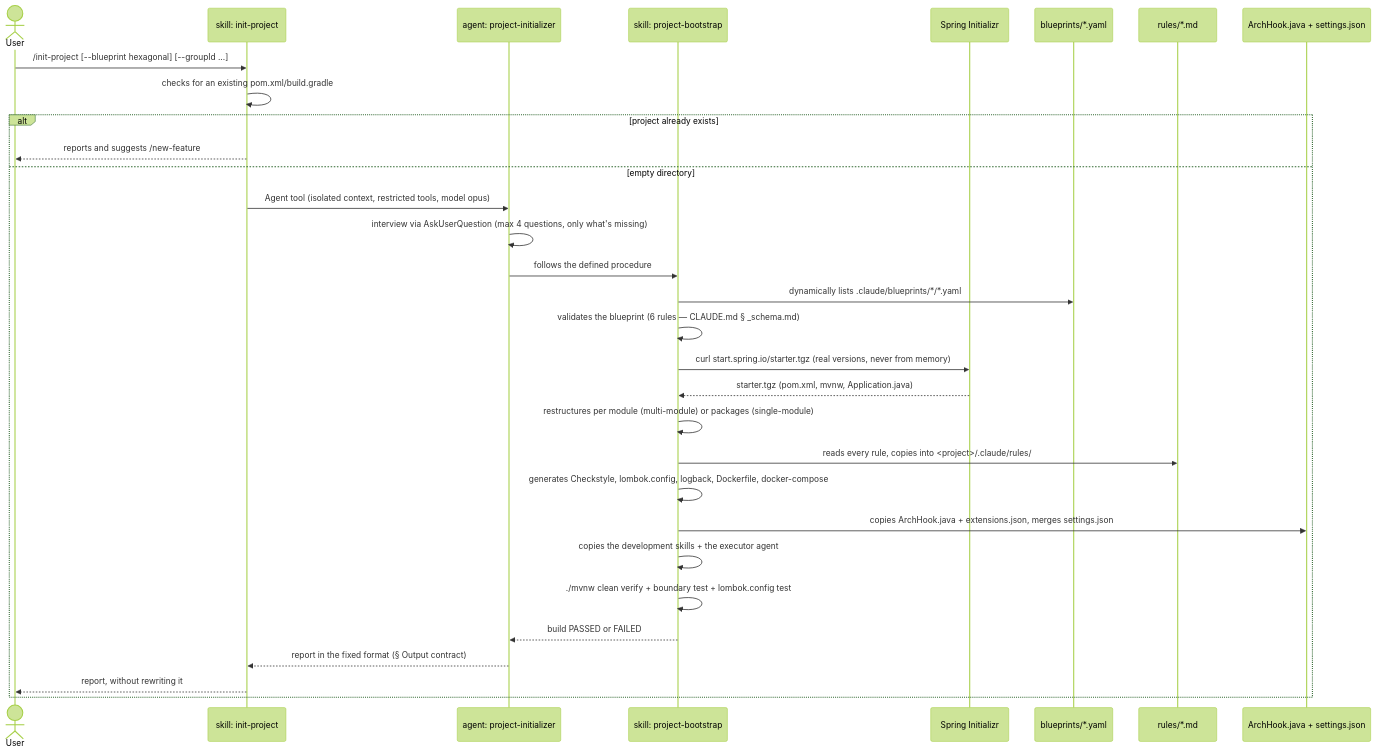
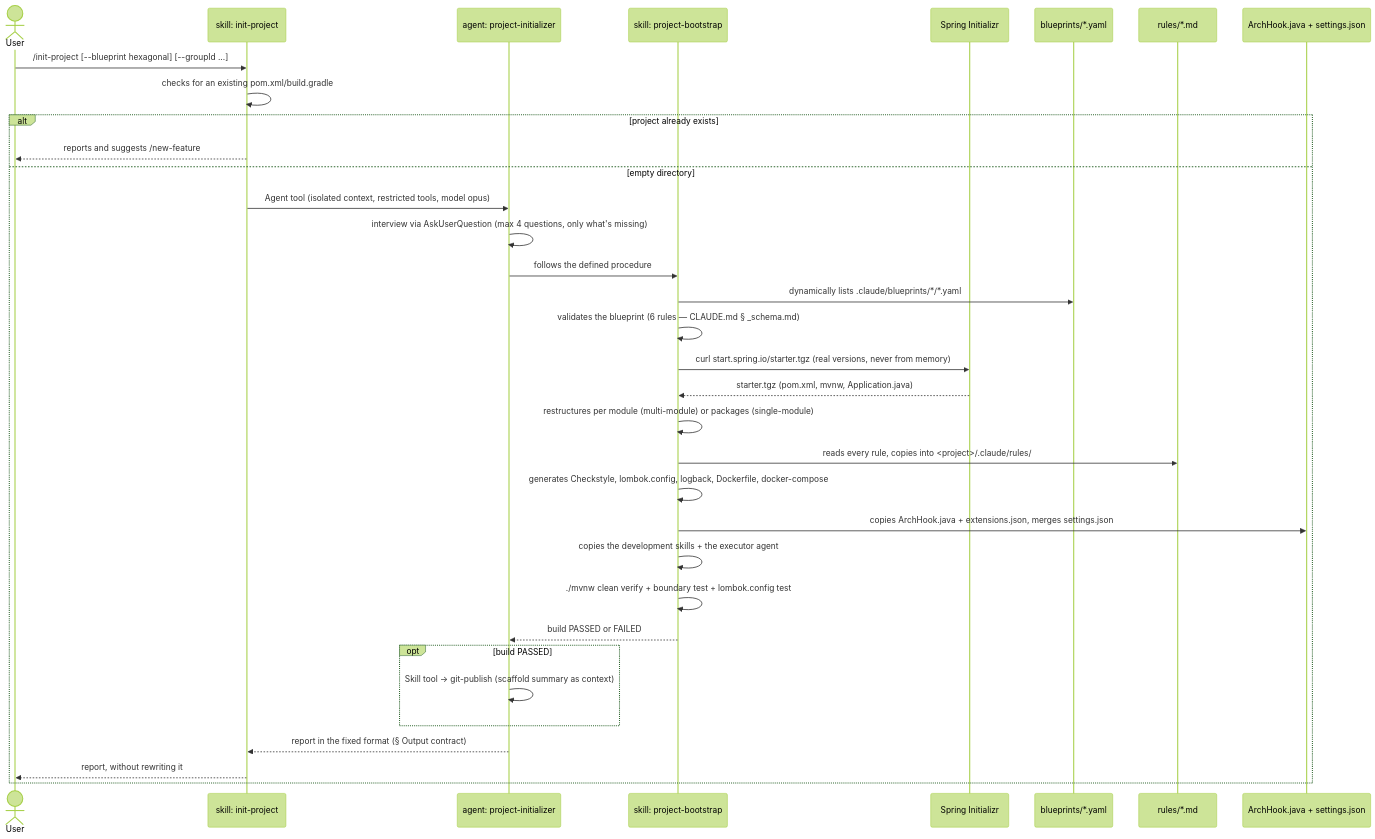
Before and after one commit to ice-lfernandes/claude-spring-architect: the diagram in docs/en/02-init-project.md, drawn with Mermaid (forest theme). The commit also changed other lines of this file and 26 other files, not shown here.

````diff
--- a/docs/en/02-init-project.md
+++ b/docs/en/02-init-project.md
@@ -33,34 +33,37 @@
 ```mermaid
 sequenceDiagram
     actor U as User
     participant CMD as skill: init-project
     participant AG as agent: project-initializer
     participant BOOT as skill: project-bootstrap
     participant INIT as Spring Initializr
     participant BP as blueprints/*.yaml
     participant RULES as rules/*.md
     participant HOOK as ArchHook.java + settings.json
 
     U->>CMD: /init-project [--blueprint hexagonal] [--groupId ...]
     CMD->>CMD: checks for an existing pom.xml/build.gradle
     alt project already exists
         CMD-->>U: reports and suggests /new-feature
     else empty directory
         CMD->>AG: Agent tool (isolated context, restricted tools, model opus)
         AG->>AG: interview via AskUserQuestion (max 4 questions, only what's missing)
         AG->>BOOT: follows the defined procedure
         BOOT->>BP: dynamically lists .claude/blueprints/*/*.yaml
         BOOT->>BOOT: validates the blueprint (6 rules — CLAUDE.md § _schema.md)
         BOOT->>INIT: curl start.spring.io/starter.tgz (real versions, never from memory)
         INIT-->>BOOT: starter.tgz (pom.xml, mvnw, Application.java)
         BOOT->>BOOT: restructures per module (multi-module) or packages (single-module)
         BOOT->>RULES: reads every rule, copies into <project>/.claude/rules/
         BOOT->>BOOT: generates Checkstyle, lombok.config, logback, Dockerfile, docker-compose
         BOOT->>HOOK: copies ArchHook.java + extensions.json, merges settings.json
         BOOT->>BOOT: copies the development skills + the executor agent
         BOOT->>BOOT: ./mvnw clean verify + boundary test + lombok.config test
         BOOT-->>AG: build PASSED or FAILED
+        opt build PASSED
+            AG->>AG: Skill tool → git-publish (scaffold summary as context)
+        end
         AG-->>CMD: report in the fixed format (§ Output contract)
         CMD-->>U: report, without rewriting it
     end
 ```
````
